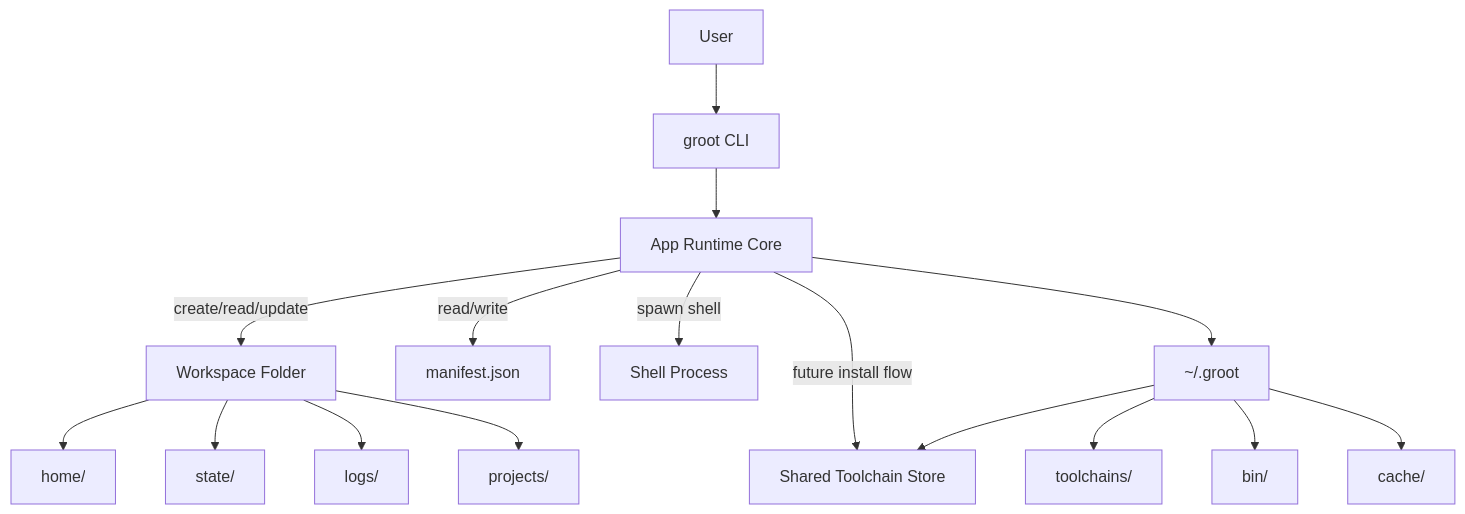
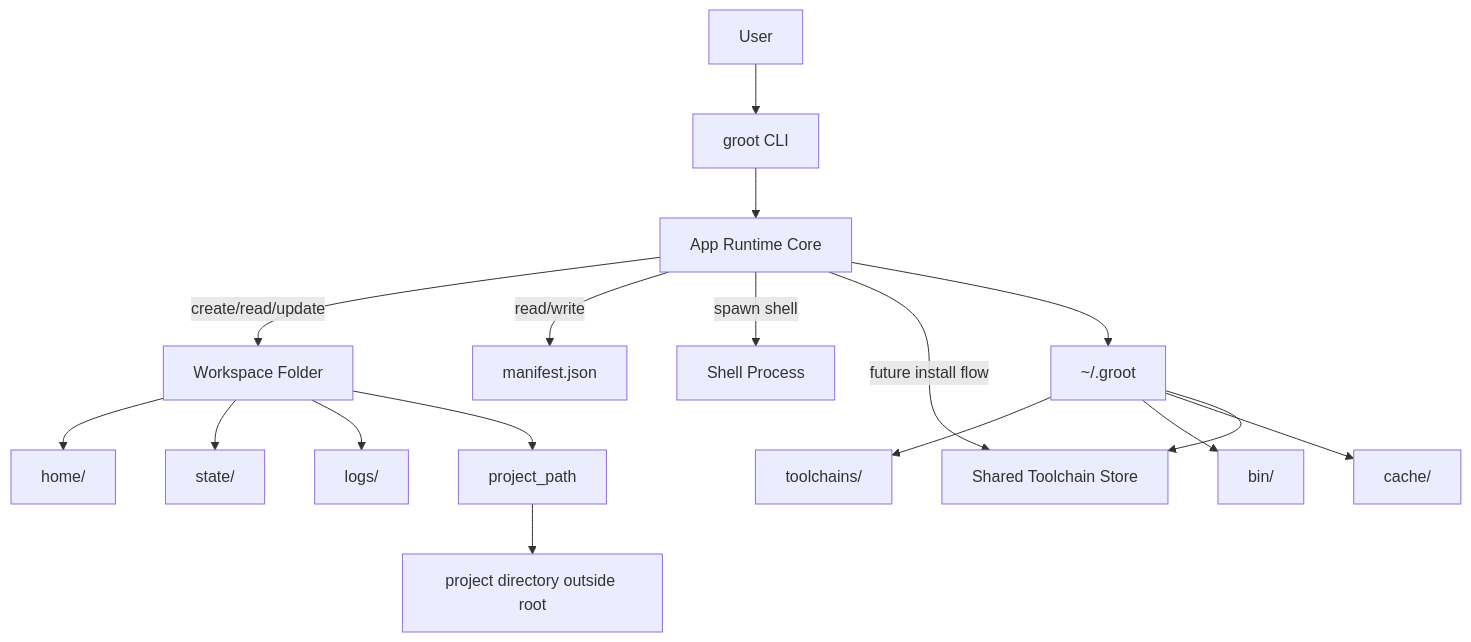
One commit to Totoual/groot changed the diagram in Readme.md. Above: the diagram before and after it, drawn with Mermaid. The commit also changed other lines of this file and 6 other files, not shown here.

````diff
--- a/Readme.md
+++ b/Readme.md
@@ -149,21 +155,22 @@
 ```mermaid
 flowchart TD
     U[User] --> CLI[groot CLI]
     CLI --> APP[App Runtime Core]
 
     APP -->|create/read/update| WS[Workspace Folder]
     APP -->|read/write| MANIFEST[manifest.json]
     APP -->|spawn shell| SH[Shell Process]
     APP -->|future install flow| STORE[Shared Toolchain Store]
 
     WS --> HOME[home/]
     WS --> STATE[state/]
     WS --> LOGS[logs/]
-    WS --> PROJECTS[projects/]
+    WS --> MANIFESTLOCAL[project_path]
 
     APP --> ROOT[~/.groot]
     ROOT --> TOOLCHAINS[toolchains/]
     ROOT --> BIN[bin/]
     ROOT --> CACHE[cache/]
     ROOT --> STORE
+    MANIFESTLOCAL --> PROJECT[project directory outside root]
 ```
````
